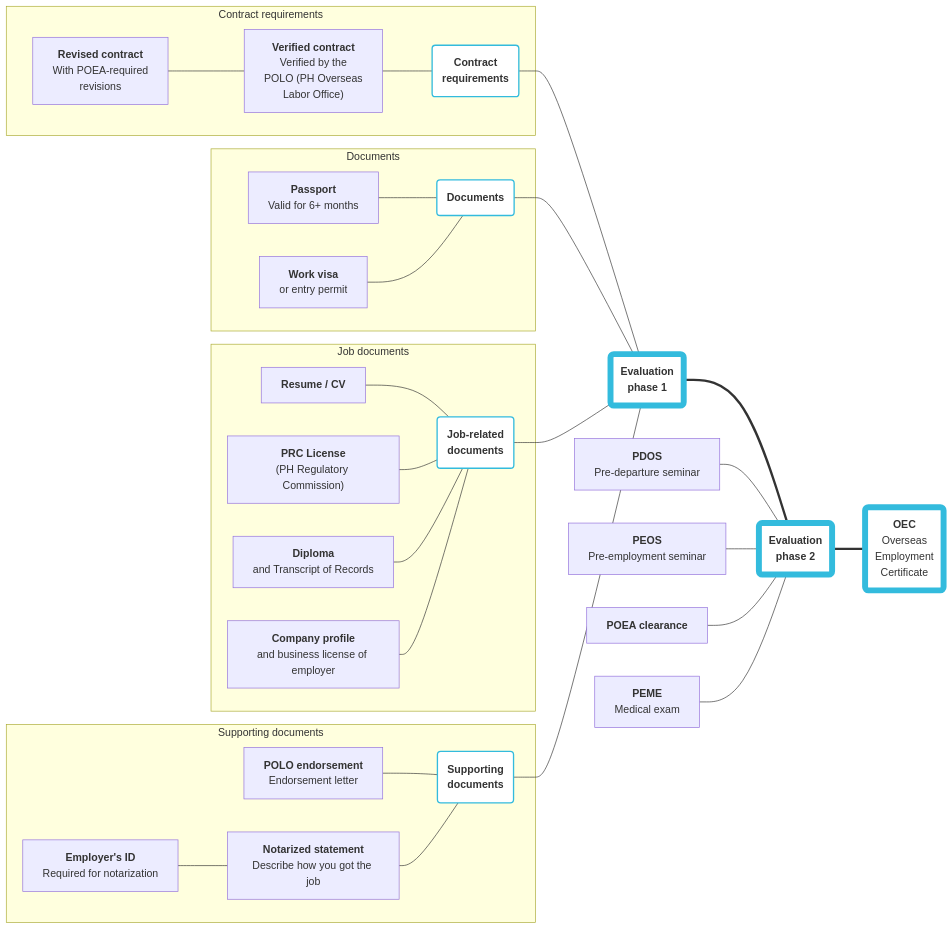
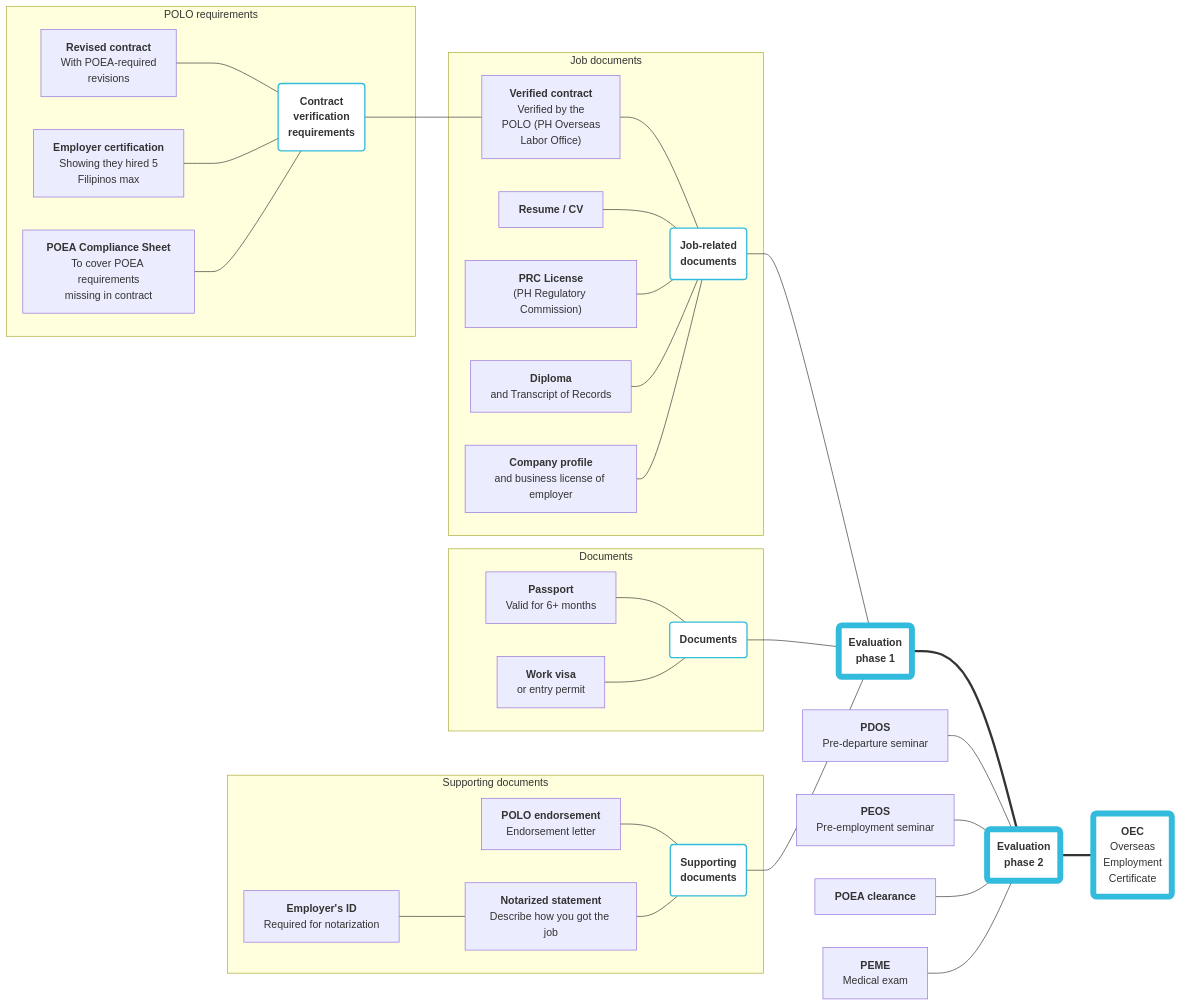
The diagram in docs/direct_hire_evaluation.md (rstacruz/oec-guide), drawn with Mermaid before and after one commit. The commit also changed other lines of this file and 6 other files, not shown here.

```diff
--- a/docs/direct_hire_evaluation.md
+++ b/docs/direct_hire_evaluation.md
@@ -16,11 +16,13 @@
 PEME[<b>PEME</b><br>Medical exam]
 click PEME "./medical_exam.html" "Medical exam"
 
-CONTRACT(<b>Contract<br>requirements</b>)
+CONTRACT(<b>Contract<br>verification<br>requirements</b>)
 VERIFIED["<b>Verified contract</b><br>Verified by the<br>POLO (PH Overseas<br>Labor Office)"]
 click VERIFIED "./polo_verification.html" "Verified contract"
 REVISED["<b>Revised contract</b><br>With POEA-required<br>revisions"]
 click REVISED "./employment_standards.html" "Revised contract"
+CERTIFICATION["<b>Employer certification</b><br>Showing they hired 5<br>Filipinos max"]
+COMPLIANCE["<b>POEA Compliance Sheet</b><br>To cover POEA requirements<br>missing in contract"]
 
 ODOCS(<b>Documents</b>)
 PASSPORT["<b>Passport</b><br>Valid for 6+ months"]
@@ -28,6 +30,7 @@
 
 SDOCS(<b>Supporting<br>documents</b>)
 ENDORSEMENT["<b>POLO endorsement</b><br>Endorsement letter"]
+click ENDORSEMENT "./polo_endorsement.html" "POLO endorsement"
 STATEMENT["<b>Notarized statement</b><br>Describe how you got the job"]
 EMPLOYERID["<b>Employer's ID</b><br>Required for notarization"]
 
@@ -48,9 +51,10 @@
 EVAL1 --- JOBDOCS
 EVAL1 --- ODOCS
 EVAL1 --- SDOCS
-EVAL1 --- CONTRACT
+VERIFIED --- CONTRACT
 
 subgraph Job documents
+JOBDOCS --- VERIFIED
 JOBDOCS --- CV
 JOBDOCS --- PRC
 JOBDOCS --- DIPLOMA
@@ -68,9 +72,10 @@
 STATEMENT --- EMPLOYERID
 end
 
-subgraph Contract requirements
-CONTRACT --- VERIFIED
-VERIFIED --- REVISED
+subgraph POLO requirements
+CONTRACT --- REVISED
+CONTRACT --- CERTIFICATION
+CONTRACT --- COMPLIANCE
 end
 
 style OEC fill:#fff,stroke:#3bd,stroke-width:9px
```
